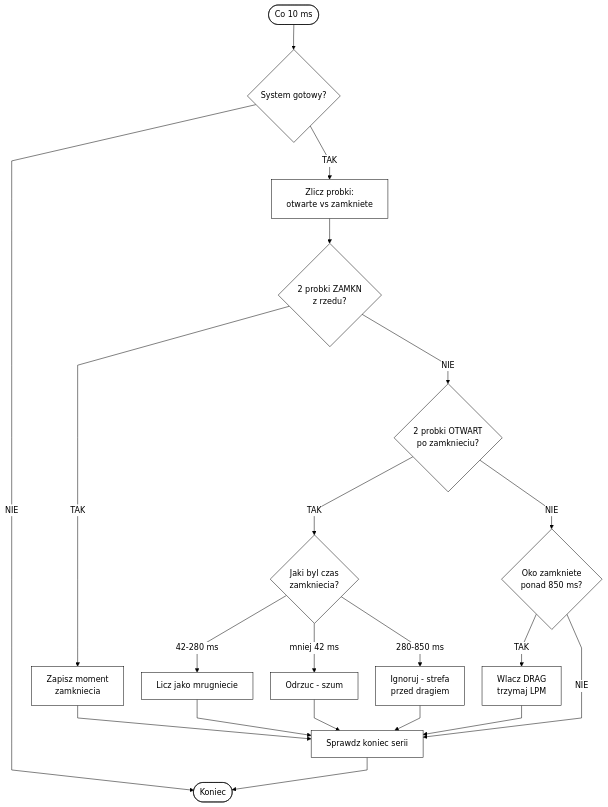
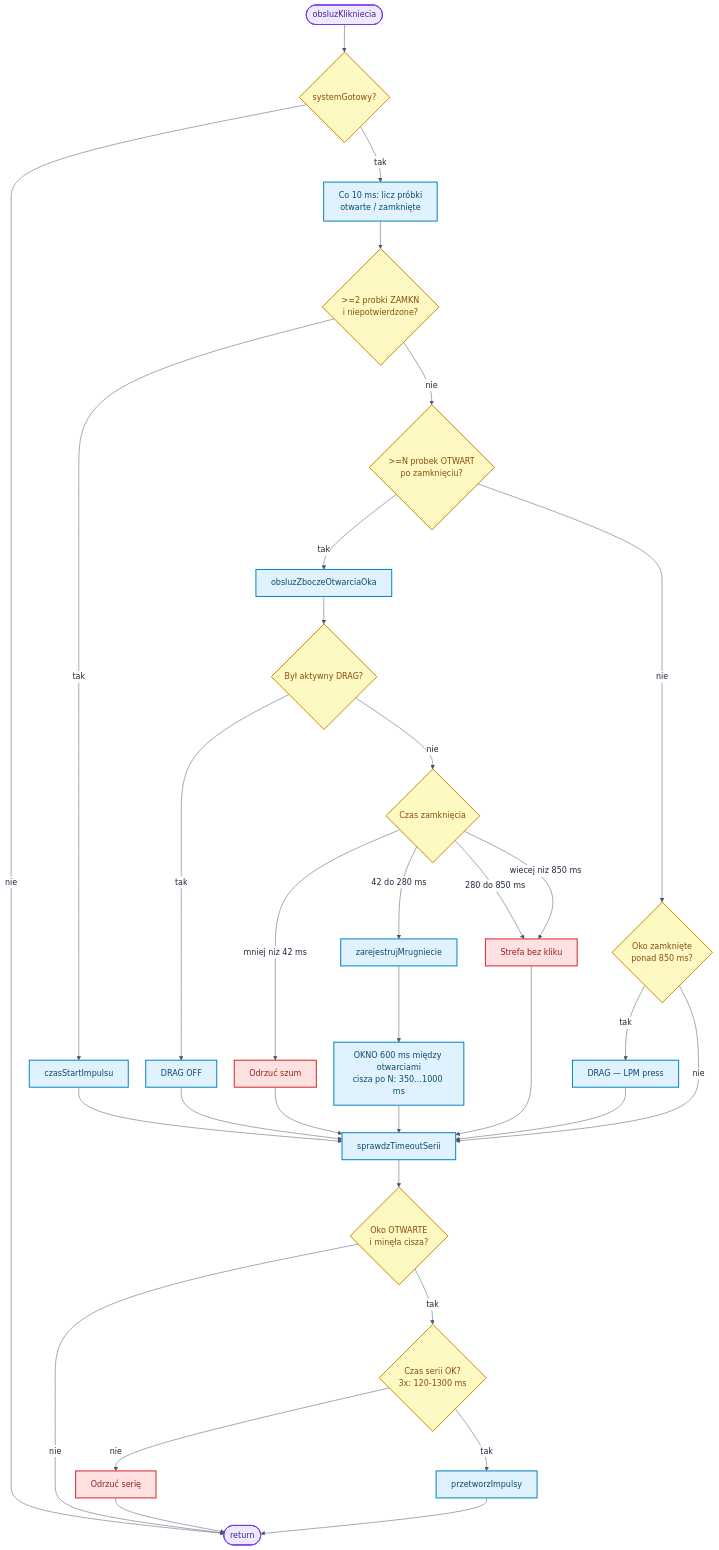
Before and after one commit to bartkadres-ai/HEFAS-4.0: the eighth of 10 diagrams in README.md, drawn with Mermaid. The commit also changed other lines of this file, not shown here.

````diff
--- a/README.md
+++ b/README.md
@@ -474,23 +546,50 @@
 ```mermaid
-%%{init: {'theme':'base','themeVariables':{'background':'#ffffff','mainBkg':'#ffffff','primaryColor':'#ffffff','primaryTextColor':'#000000','primaryBorderColor':'#000000','lineColor':'#000000','edgeLabelBackground':'#ffffff'},'flowchart':{'curve':'linear','nodeSpacing':35,'rankSpacing':50}}}%%
+%%{init: {'theme':'base','themeVariables':{'background':'#ffffff','mainBkg':'#ffffff','primaryColor':'#ffffff','primaryTextColor':'#1e293b','primaryBorderColor':'#64748b','lineColor':'#475569','edgeLabelBackground':'#ffffff'},'flowchart':{'curve':'basis','nodeSpacing':35,'rankSpacing':55}}}%%
 flowchart TD
-    A([Co 10 ms]) --> B{System gotowy?}
-    B -->|NIE| Z([Koniec])
-    B -->|TAK| C[Zlicz probki:<br/>otwarte vs zamkniete]
-    C --> D{2 probki ZAMKN<br/>z rzedu?}
-    D -->|TAK| E[Zapisz moment<br/>zamkniecia]
-    D -->|NIE| F{2 probki OTWART<br/>po zamknieciu?}
-    F -->|TAK| G{Jaki byl czas<br/>zamkniecia?}
-    F -->|NIE| H{Oko zamkniete<br/>ponad 850 ms?}
-    G -->|42-280 ms| I[Licz jako mrugniecie]
-    G -->|mniej 42 ms| J[Odrzuc - szum]
-    G -->|280-850 ms| K[Ignoruj - strefa<br/>przed dragiem]
-    H -->|TAK| L[Wlacz DRAG<br/>trzymaj LPM]
-    H -->|NIE| M
-    I --> M
-    J --> M
-    K --> M
-    L --> M[Sprawdz koniec serii]
-    E --> M
-    M --> Z
+    M0([obsluzKlikniecia]) --> RDY{systemGotowy?}
+    RDY -->|nie| MX([return])
+    RDY -->|tak| CNT["Co 10 ms: licz próbki<br/>otwarte / zamknięte"]
+
+    CNT --> C1{>=2 probki ZAMKN<br/>i niepotwierdzone?}
+    C1 -->|tak| CS[czasStartImpulsu]
+    C1 -->|nie| C2{>=N probek OTWART<br/>po zamknięciu?}
+
+    C2 -->|tak| EDGE[obsluzZboczeOtwarciaOka]
+    C2 -->|nie| C3{Oko zamknięte<br/>ponad 850 ms?}
+    C3 -->|tak| DRG[DRAG — LPM press]
+    C3 -->|nie| TM
+
+    EDGE --> E1{Był aktywny DRAG?}
+    E1 -->|tak| DRGOFF[DRAG OFF]
+    E1 -->|nie| E2{Czas zamknięcia}
+    E2 -->|mniej niz 42 ms| ART[Odrzuć szum]
+    E2 -->|42 do 280 ms| REG[zarejestrujMrugniecie]
+    E2 -->|280 do 850 ms| STREFA[Strefa bez kliku]
+    E2 -->|wiecej niz 850 ms| STREFA
+
+    REG --> REGD["OKNO 600 ms między otwarciami<br/>cisza po N: 350…1000 ms"]
+
+    CS --> TM
+    DRG --> TM
+    DRGOFF --> TM
+    ART --> TM
+    STREFA --> TM
+    REGD --> TM[sprawdzTimeoutSerii]
+
+    TM --> T1{Oko OTWARTE<br/>i minęła cisza?}
+    T1 -->|nie| MX
+    T1 -->|tak| T2{Czas serii OK?<br/>3x: 120-1300 ms}
+    T2 -->|nie| DROP[Odrzuć serię]
+    T2 -->|tak| ACT[przetworzImpulsy]
+    DROP --> MX
+    ACT --> MX
+
+    classDef startEnd fill:#ede9fe,stroke:#7c3aed,stroke-width:2px,color:#4c1d95
+    classDef process fill:#e0f2fe,stroke:#0284c7,stroke-width:2px,color:#0c4a6e
+    classDef decision fill:#fef9c3,stroke:#ca8a04,stroke-width:2px,color:#854d0e
+    classDef warn fill:#fee2e2,stroke:#dc2626,stroke-width:2px,color:#991b1b
+    class M0,MX startEnd
+    class CNT,CS,EDGE,DRG,DRGOFF,REG,REGD,TM,ACT process
+    class RDY,C1,C2,C3,E1,E2,T1,T2 decision
+    class ART,STREFA,DROP warn
 ```
````
